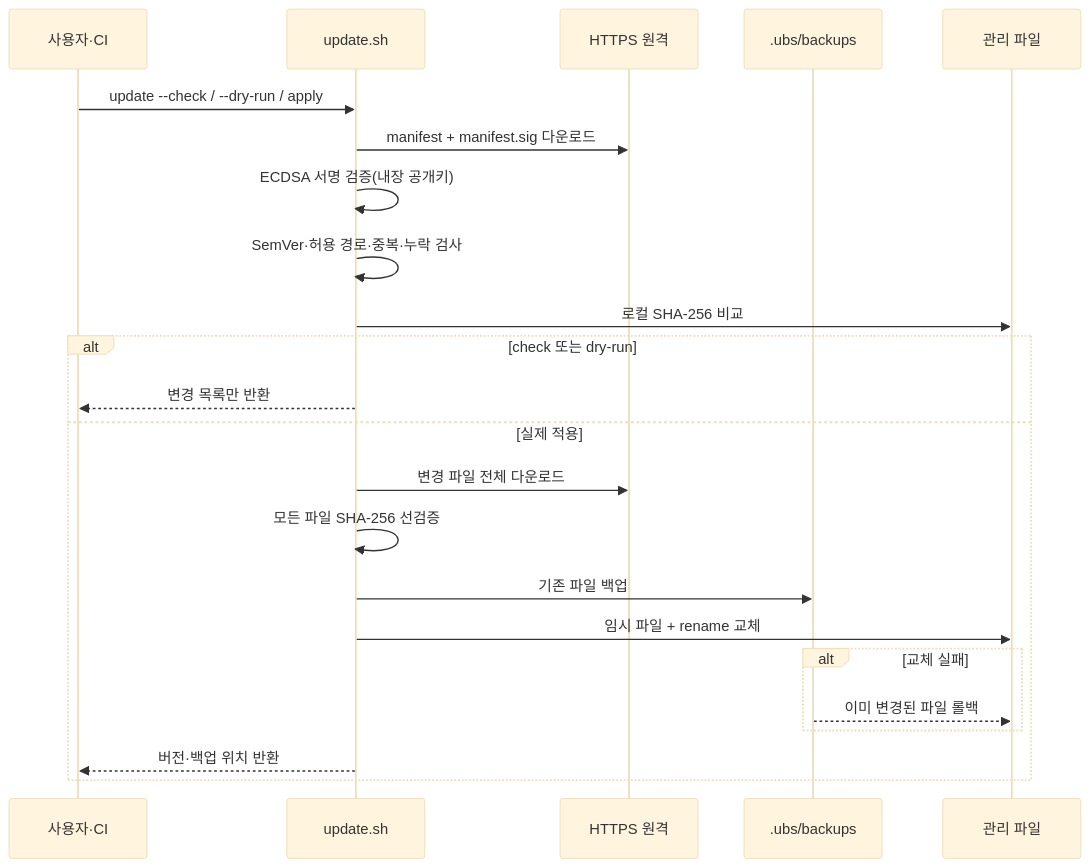
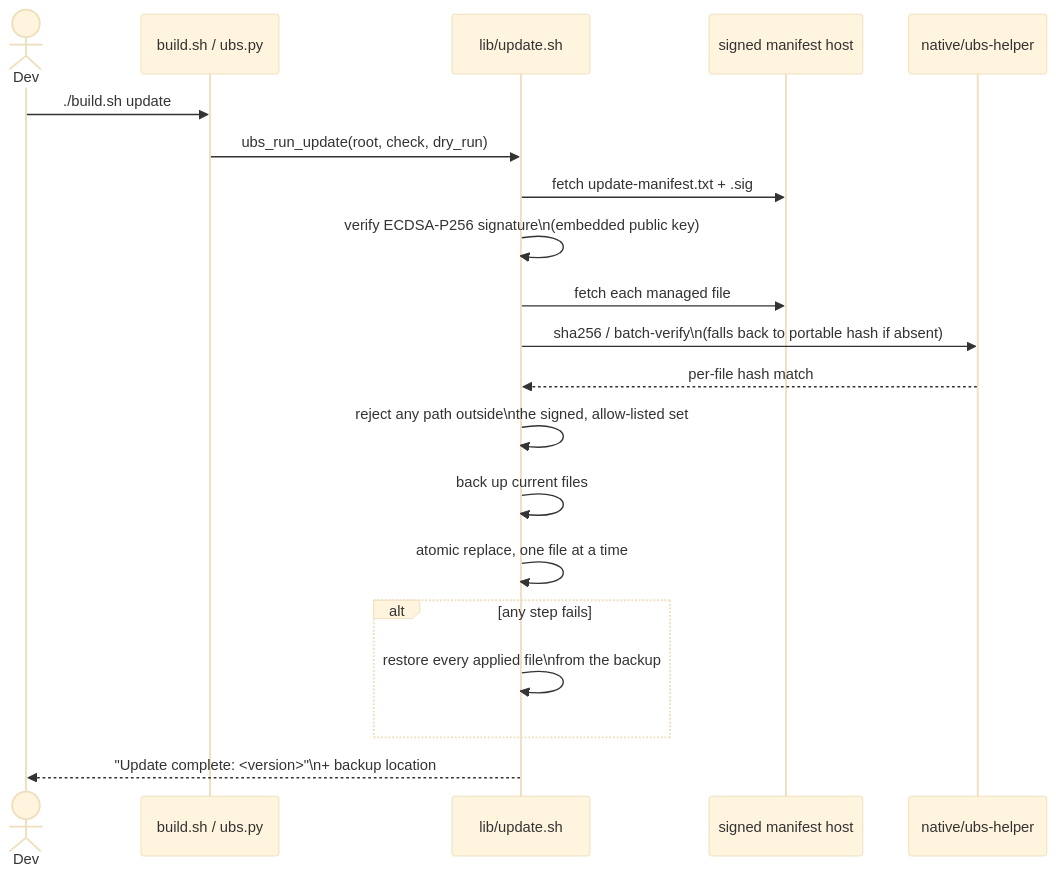
Before and after one commit to Claude-Personal/ubs: the third of 3 diagrams in README.md, drawn with Mermaid (base theme). The commit also changed other lines of this file and 9 other files, not shown here.

First line of the commit message:
docs: single English README + fix self-references after rename to ubs (#69)

````diff
--- a/README.md
+++ b/README.md
@@ -447,25 +192,23 @@
 ```mermaid
 sequenceDiagram
-    participant C as 사용자·CI
-    participant U as update.sh
-    participant H as HTTPS 원격
-    participant B as .ubs/backups
-    participant F as 관리 파일
-    C->>U: update --check / --dry-run / apply
-    U->>H: manifest + manifest.sig 다운로드
-    U->>U: ECDSA 서명 검증(내장 공개키)
-    U->>U: SemVer·허용 경로·중복·누락 검사
-    U->>F: 로컬 SHA-256 비교
-    alt check 또는 dry-run
-        U-->>C: 변경 목록만 반환
-    else 실제 적용
-        U->>H: 변경 파일 전체 다운로드
-        U->>U: 모든 파일 SHA-256 선검증
-        U->>B: 기존 파일 백업
-        U->>F: 임시 파일 + rename 교체
-        alt 교체 실패
-            B-->>F: 이미 변경된 파일 롤백
-        end
-        U-->>C: 버전·백업 위치 반환
+    actor Dev
+    participant CLI as build.sh / ubs.py
+    participant Update as lib/update.sh
+    participant Remote as signed manifest host
+    participant Helper as native/ubs-helper
+
+    Dev->>CLI: ./build.sh update
+    CLI->>Update: ubs_run_update(root, check, dry_run)
+    Update->>Remote: fetch update-manifest.txt + .sig
+    Update->>Update: verify ECDSA-P256 signature\n(embedded public key)
+    Update->>Remote: fetch each managed file
+    Update->>Helper: sha256 / batch-verify\n(falls back to portable hash if absent)
+    Helper-->>Update: per-file hash match
+    Update->>Update: reject any path outside\nthe signed, allow-listed set
+    Update->>Update: back up current files
+    Update->>Update: atomic replace, one file at a time
+    alt any step fails
+        Update->>Update: restore every applied file\nfrom the backup
     end
+    Update-->>Dev: "Update complete: <version>"\n+ backup location
 ```
````
